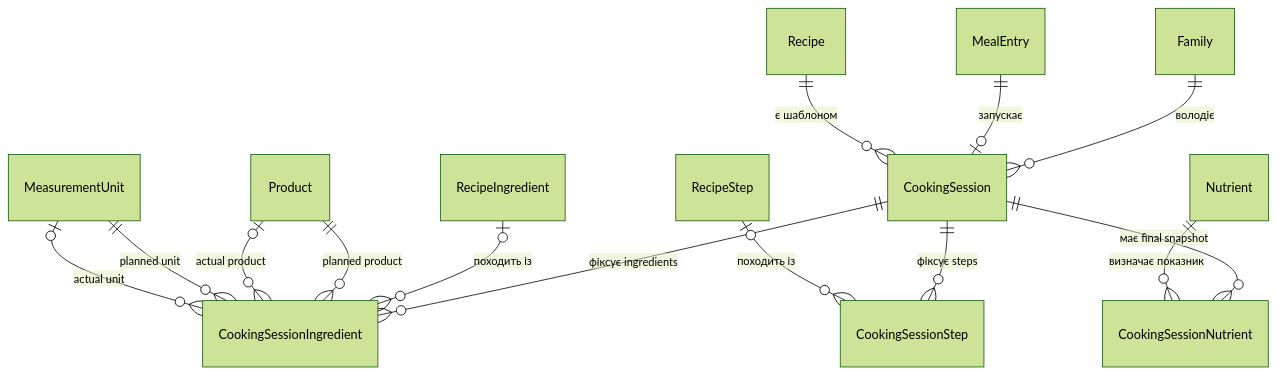
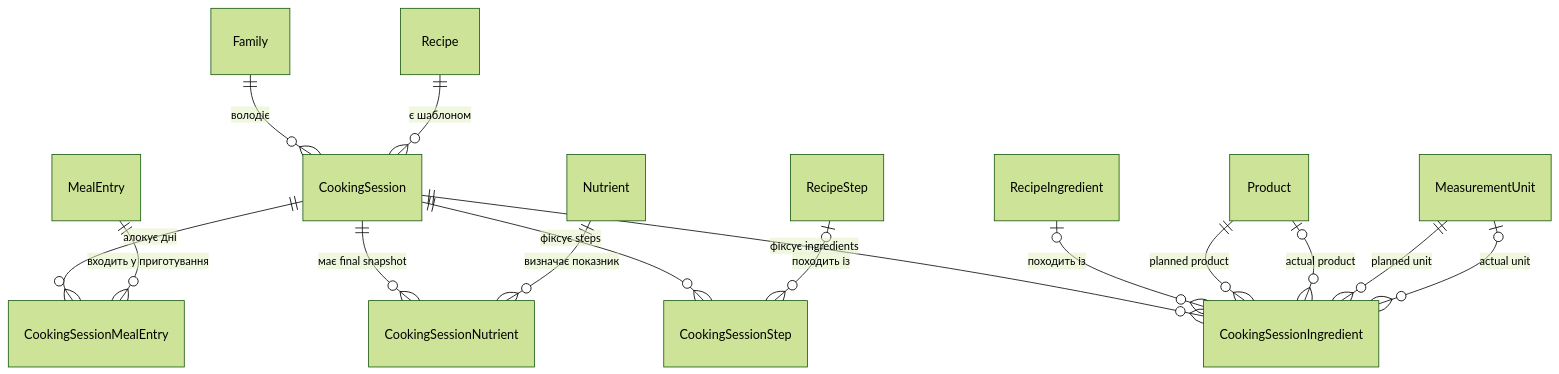
Before and after one commit to OlgaBieliaieva/mealmind: the sixth of 7 diagrams in docs/architecture/data-model/erd.md, drawn with Mermaid (forest theme). The commit also changed other lines of this file and 44 other files, not shown here.

````diff
--- a/docs/architecture/data-model/erd.md
+++ b/docs/architecture/data-model/erd.md
@@ -131,16 +131,17 @@
 ```mermaid
 erDiagram
     Family ||--o{ CookingSession : "володіє"
-    MealEntry ||--o| CookingSession : "запускає"
     Recipe ||--o{ CookingSession : "є шаблоном"
+    CookingSession ||--o{ CookingSessionMealEntry : "алокує дні"
+    MealEntry ||--o{ CookingSessionMealEntry : "входить у приготування"
     CookingSession ||--o{ CookingSessionIngredient : "фіксує ingredients"
     RecipeIngredient o|--o{ CookingSessionIngredient : "походить із"
     Product ||--o{ CookingSessionIngredient : "planned product"
     Product o|--o{ CookingSessionIngredient : "actual product"
     MeasurementUnit ||--o{ CookingSessionIngredient : "planned unit"
     MeasurementUnit o|--o{ CookingSessionIngredient : "actual unit"
     CookingSession ||--o{ CookingSessionStep : "фіксує steps"
     RecipeStep o|--o{ CookingSessionStep : "походить із"
     CookingSession ||--o{ CookingSessionNutrient : "має final snapshot"
     Nutrient ||--o{ CookingSessionNutrient : "визначає показник"
 ```
````
